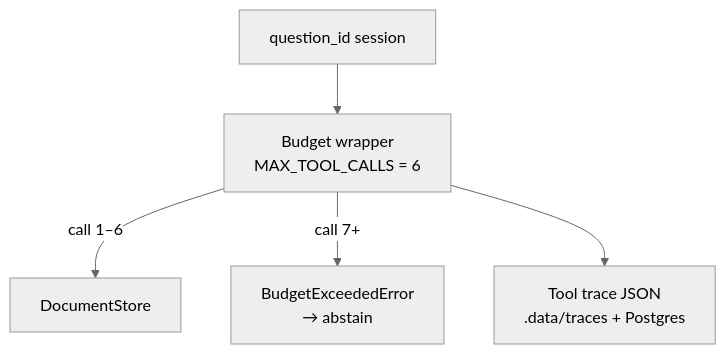
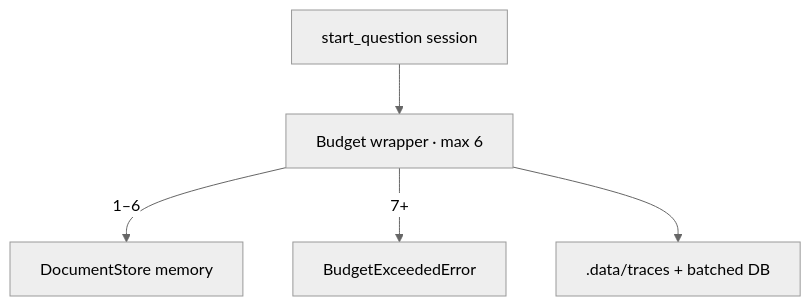
Before and after one commit to riyaz-ahamed-07/SixCall: the fourth of 4 diagrams in README.md, drawn with Mermaid (neutral theme). The commit also changed other lines of this file, not shown here.

First line of the commit message:
Document local-first ingest and current ask path in the README.

````diff
--- a/README.md
+++ b/README.md
@@ -234,7 +176,7 @@
 ```mermaid
 flowchart TB
-  Q["question_id session"] --> W["Budget wrapper<br/>MAX_TOOL_CALLS = 6"]
-  W -->|call 1–6| STORE["DocumentStore"]
-  W -->|call 7+| BLOCK["BudgetExceededError<br/>→ abstain"]
-  W --> TRACE["Tool trace JSON<br/>.data/traces + Postgres"]
+  Q["start_question session"] --> W["Budget wrapper · max 6"]
+  W -->|1–6| STORE["DocumentStore memory"]
+  W -->|7+| BLOCK["BudgetExceededError"]
+  W --> TRACE[".data/traces + batched DB"]
 ```
````
